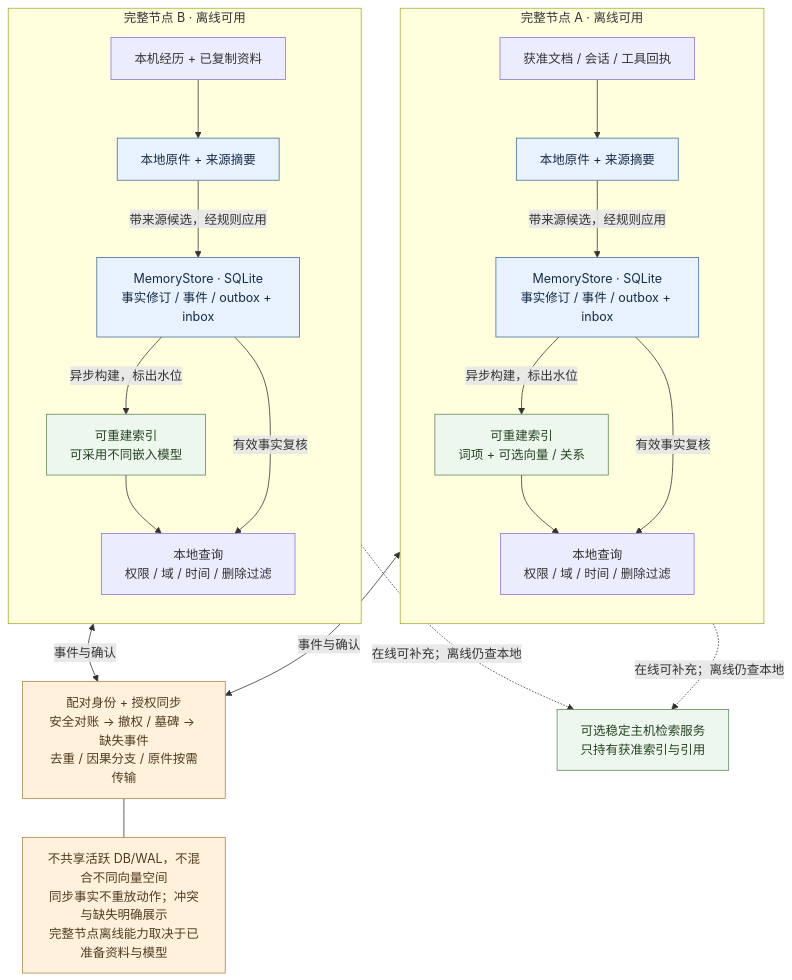
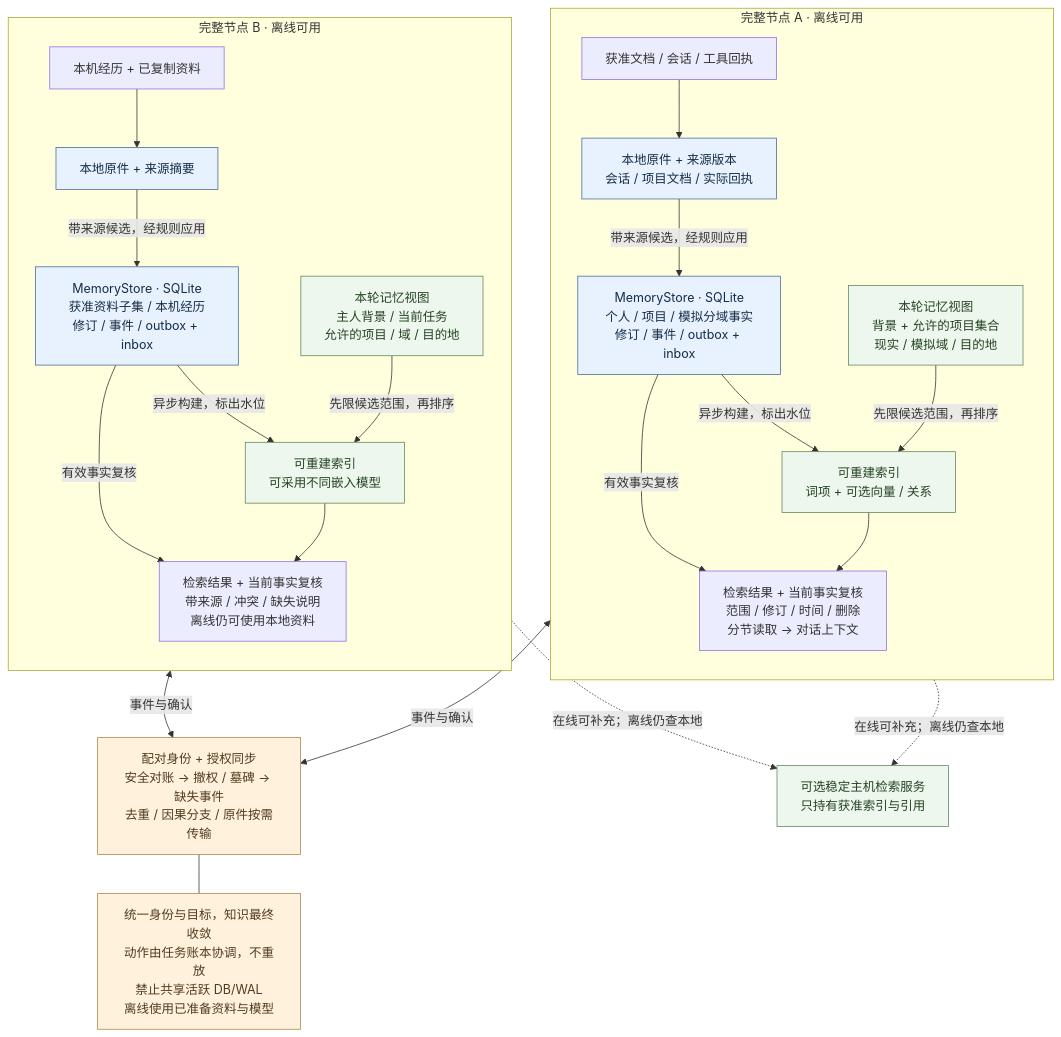
One commit to Samuel521199/JarvisSystem changed the diagram in docs/diagrams/memory-local-federation.mmd. Above: the diagram before and after it, drawn with Mermaid. The commit also changed 693 other files, not shown here.

```diff
--- a/docs/diagrams/memory-local-federation.mmd
+++ b/docs/diagrams/memory-local-federation.mmd
@@ -1,39 +1,43 @@
 flowchart TB
   subgraph A["完整节点 A · 离线可用"]
     direction TB
     AIN["获准文档 / 会话 / 工具回执"]
-    ARAW["本地原件 + 来源摘要"]
-    AFACT["MemoryStore · SQLite<br/>事实修订 / 事件 / outbox + inbox"]
+    ARAW["本地原件 + 来源版本<br/>会话 / 项目文档 / 实际回执"]
+    AFACT["MemoryStore · SQLite<br/>个人 / 项目 / 模拟分域事实<br/>修订 / 事件 / outbox + inbox"]
     AIDX["可重建索引<br/>词项 + 可选向量 / 关系"]
-    AQ["本地查询<br/>权限 / 域 / 时间 / 删除过滤"]
+    AVIEW["本轮记忆视图<br/>背景 + 允许的项目集合<br/>现实 / 模拟域 / 目的地"]
+    AQ["检索结果 + 当前事实复核<br/>范围 / 修订 / 时间 / 删除<br/>分节读取 → 对话上下文"]
     AIN --> ARAW -->|"带来源候选，经规则应用"| AFACT
     AFACT -->|"异步构建，标出水位"| AIDX
+    AVIEW -->|"先限候选范围，再排序"| AIDX
     AIDX --> AQ
     AFACT -->|"有效事实复核"| AQ
   end
   subgraph B["完整节点 B · 离线可用"]
     direction TB
     BIN["本机经历 + 已复制资料"]
     BRAW["本地原件 + 来源摘要"]
-    BFACT["MemoryStore · SQLite<br/>事实修订 / 事件 / outbox + inbox"]
+    BFACT["MemoryStore · SQLite<br/>获准资料子集 / 本机经历<br/>修订 / 事件 / outbox + inbox"]
     BIDX["可重建索引<br/>可采用不同嵌入模型"]
-    BQ["本地查询<br/>权限 / 域 / 时间 / 删除过滤"]
+    BVIEW["本轮记忆视图<br/>主人背景 / 当前任务<br/>允许的项目 / 域 / 目的地"]
+    BQ["检索结果 + 当前事实复核<br/>带来源 / 冲突 / 缺失说明<br/>离线仍可使用本地资料"]
     BIN --> BRAW -->|"带来源候选，经规则应用"| BFACT
     BFACT -->|"异步构建，标出水位"| BIDX
+    BVIEW -->|"先限候选范围，再排序"| BIDX
     BIDX --> BQ
     BFACT -->|"有效事实复核"| BQ
   end
   SYNC["配对身份 + 授权同步<br/>安全对账 → 撤权 / 墓碑 → 缺失事件<br/>去重 / 因果分支 / 原件按需传输"]
   AFACT <-->|"事件与确认"| SYNC
   BFACT <-->|"事件与确认"| SYNC
   REMOTE["可选稳定主机检索服务<br/>只持有获准索引与引用"]
   AQ -. "在线可补充；离线仍查本地" .-> REMOTE
   BQ -. "在线可补充；离线仍查本地" .-> REMOTE
-  NOTE["不共享活跃 DB/WAL，不混合不同向量空间<br/>同步事实不重放动作；冲突与缺失明确展示<br/>完整节点离线能力取决于已准备资料与模型"]
+  NOTE["统一身份与目标，知识最终收敛<br/>动作由任务账本协调，不重放<br/>禁止共享活跃 DB/WAL<br/>离线使用已准备资料与模型"]
   SYNC --- NOTE
   classDef store fill:#e8f2ff,stroke:#446c9b,color:#152d47;
   classDef derived fill:#edf7ed,stroke:#60885c,color:#244323;
   classDef protocol fill:#fff1db,stroke:#af8549,color:#513b20;
   class ARAW,AFACT,BRAW,BFACT store;
-  class AIDX,BIDX,REMOTE derived;
+  class AIDX,BIDX,REMOTE,AVIEW,BVIEW derived;
   class SYNC,NOTE protocol;
```
